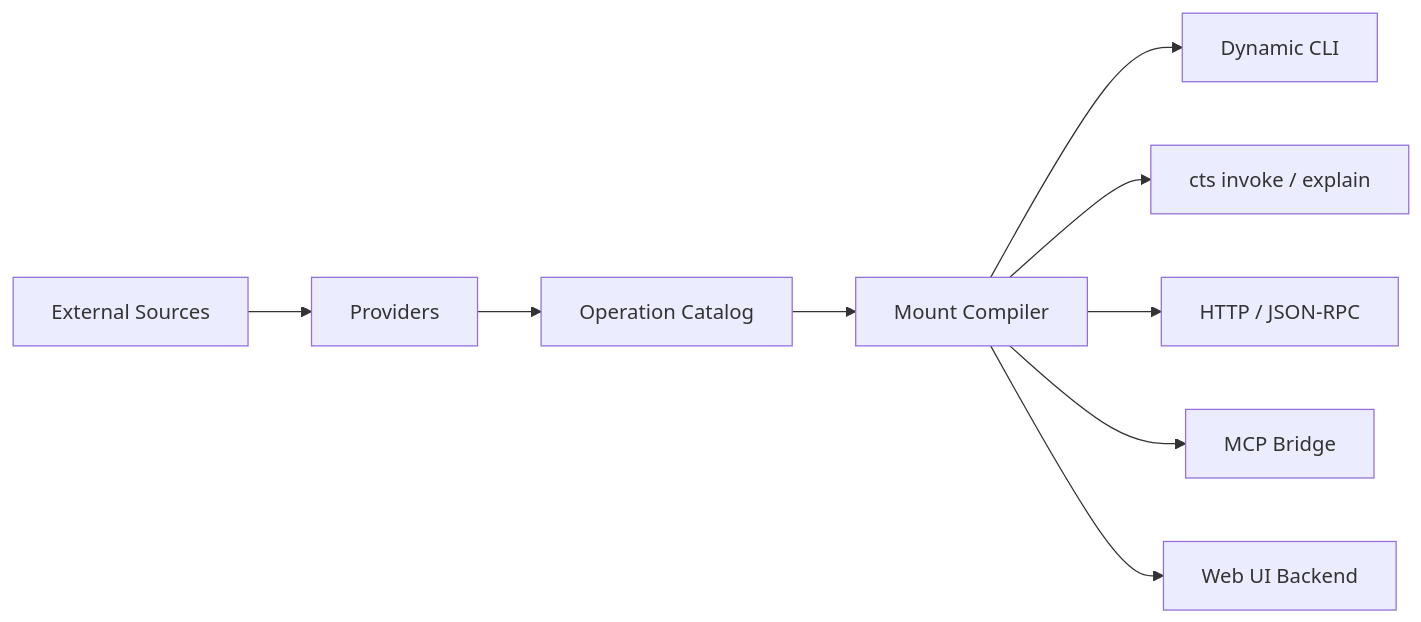
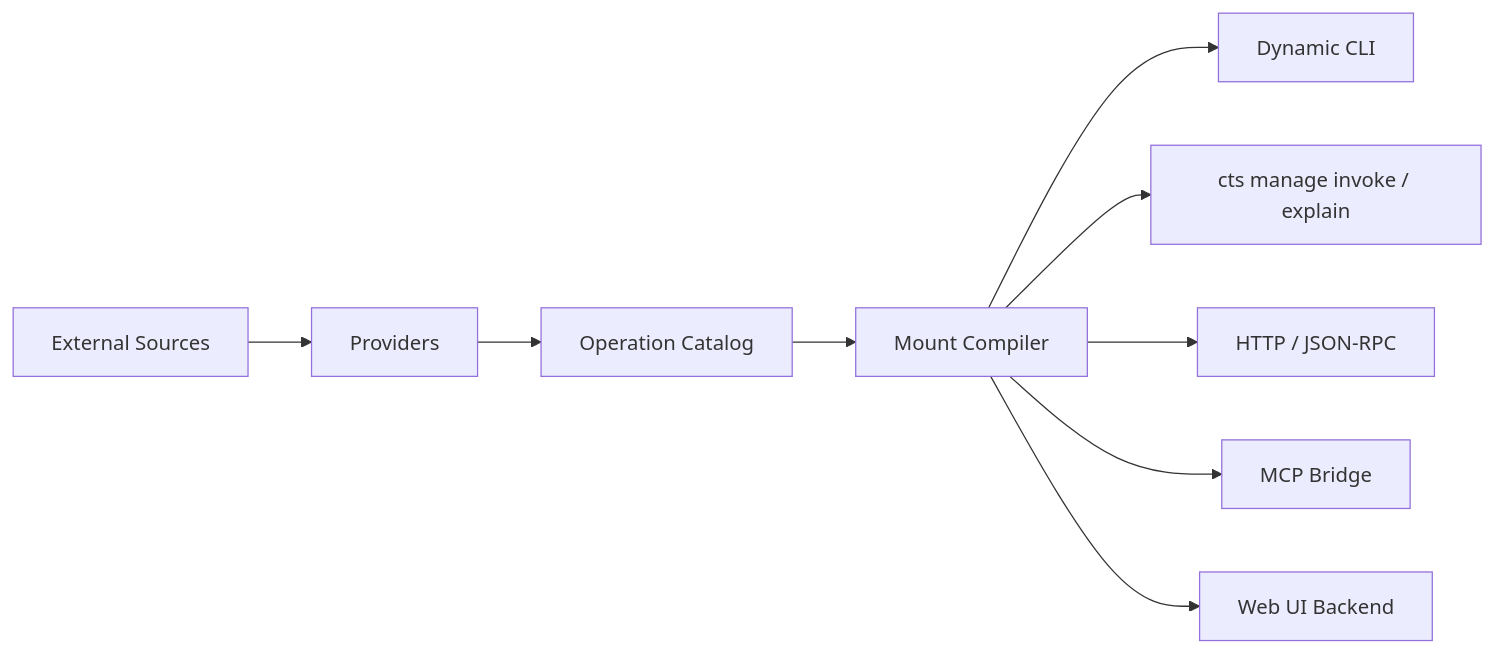
Before and after one commit to xlb1130/cli-tools: the diagram in docs/00-rfc-master-architecture.md, drawn with Mermaid. The commit also changed other lines of this file and 38 other files, not shown here.

````diff
--- a/docs/00-rfc-master-architecture.md
+++ b/docs/00-rfc-master-architecture.md
@@ -212,11 +212,11 @@
 ```mermaid
 flowchart LR
   A["External Sources"] --> B["Providers"]
   B --> C["Operation Catalog"]
   C --> D["Mount Compiler"]
   D --> E["Dynamic CLI"]
-  D --> F["cts invoke / explain"]
+  D --> F["cts manage invoke / explain"]
   D --> G["HTTP / JSON-RPC"]
   D --> H["MCP Bridge"]
   D --> I["Web UI Backend"]
 ```
````
